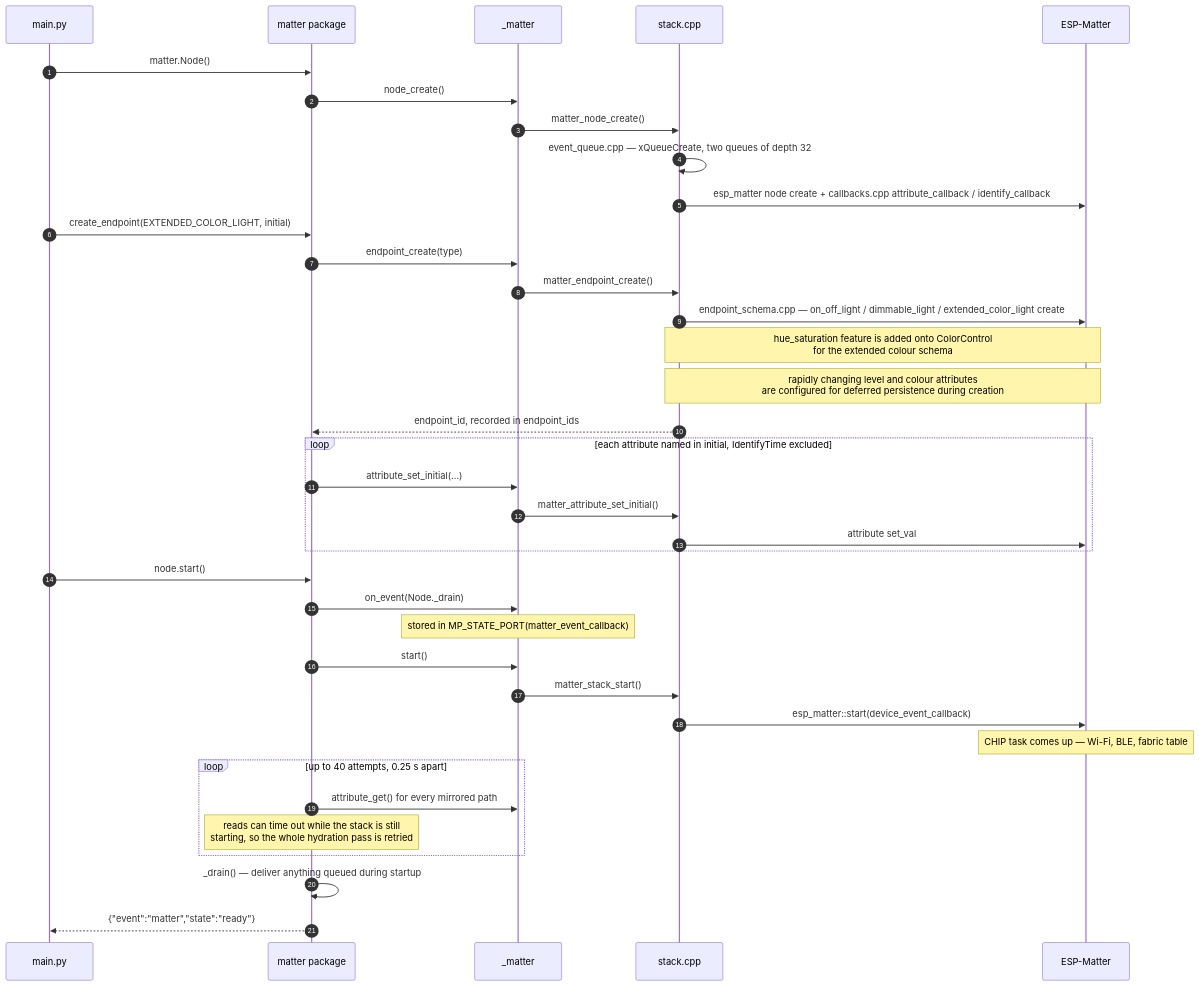
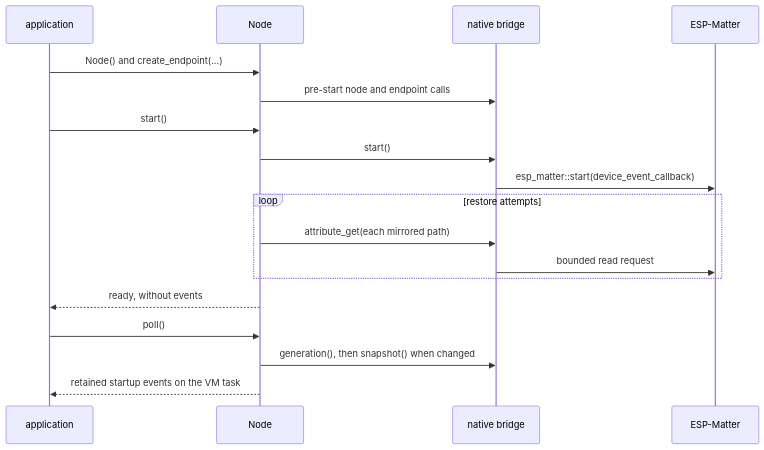
One commit to khlam/micropython-boardfarm changed the second of 3 diagrams in firmware-packages/matter/ARCHITECTURE.md. Above: the diagram before and after it, drawn with Mermaid. The commit also changed other lines of this file and 149 other files, not shown here.

````diff
--- a/firmware-packages/matter/ARCHITECTURE.md
+++ b/firmware-packages/matter/ARCHITECTURE.md
@@ -75,42 +60,21 @@
 ```mermaid
 sequenceDiagram
-    autonumber
-    participant app as main.py
-    participant py as matter package
-    participant mod as _matter
-    participant st as stack.cpp
-    participant esp as ESP-Matter
+    participant app as application
+    participant py as Node
+    participant native as native bridge
+    participant chip as ESP-Matter
 
-    app->>py: matter.Node()
-    py->>mod: node_create()
-    mod->>st: matter_node_create()
-    st->>st: event_queue.cpp — xQueueCreate, two queues of depth 32
-    st->>esp: esp_matter node create + callbacks.cpp attribute_callback / identify_callback
-
-    app->>py: create_endpoint(EXTENDED_COLOR_LIGHT, initial)
-    py->>mod: endpoint_create(type)
-    mod->>st: matter_endpoint_create()
-    st->>esp: endpoint_schema.cpp — on_off_light / dimmable_light / extended_color_light create
-    Note over st,esp: hue_saturation feature is added onto ColorControl<br/>for the extended colour schema
-    Note over st,esp: rapidly changing level and colour attributes<br/>are configured for deferred persistence during creation
-    st-->>py: endpoint_id, recorded in endpoint_ids
-    loop each attribute named in initial, IdentifyTime excluded
-        py->>mod: attribute_set_initial(...)
-        mod->>st: matter_attribute_set_initial()
-        st->>esp: attribute set_val
+    app->>py: Node() and create_endpoint(...)
+    py->>native: pre-start node and endpoint calls
+    app->>py: start()
+    py->>native: start()
+    native->>chip: esp_matter::start(device_event_callback)
+    loop restore attempts
+        py->>native: attribute_get(each mirrored path)
+        native->>chip: bounded read request
     end
-
-    app->>py: node.start()
-    py->>mod: on_event(Node._drain)
-    Note over mod: stored in MP_STATE_PORT(matter_event_callback)
-    py->>mod: start()
-    mod->>st: matter_stack_start()
-    st->>esp: esp_matter::start(device_event_callback)
-    Note over esp: CHIP task comes up — Wi-Fi, BLE, fabric table
-    loop up to 40 attempts, 0.25 s apart
-        py->>mod: attribute_get() for every mirrored path
-        Note over py: reads can time out while the stack is still<br/>starting, so the whole hydration pass is retried
-    end
-    py->>py: _drain() — deliver anything queued during startup
-    py-->>app: {"event":"matter","state":"ready"}
+    py-->>app: ready, without events
+    app->>py: poll()
+    py->>native: generation(), then snapshot() when changed
+    py-->>app: retained startup events on the VM task
 ```
````
